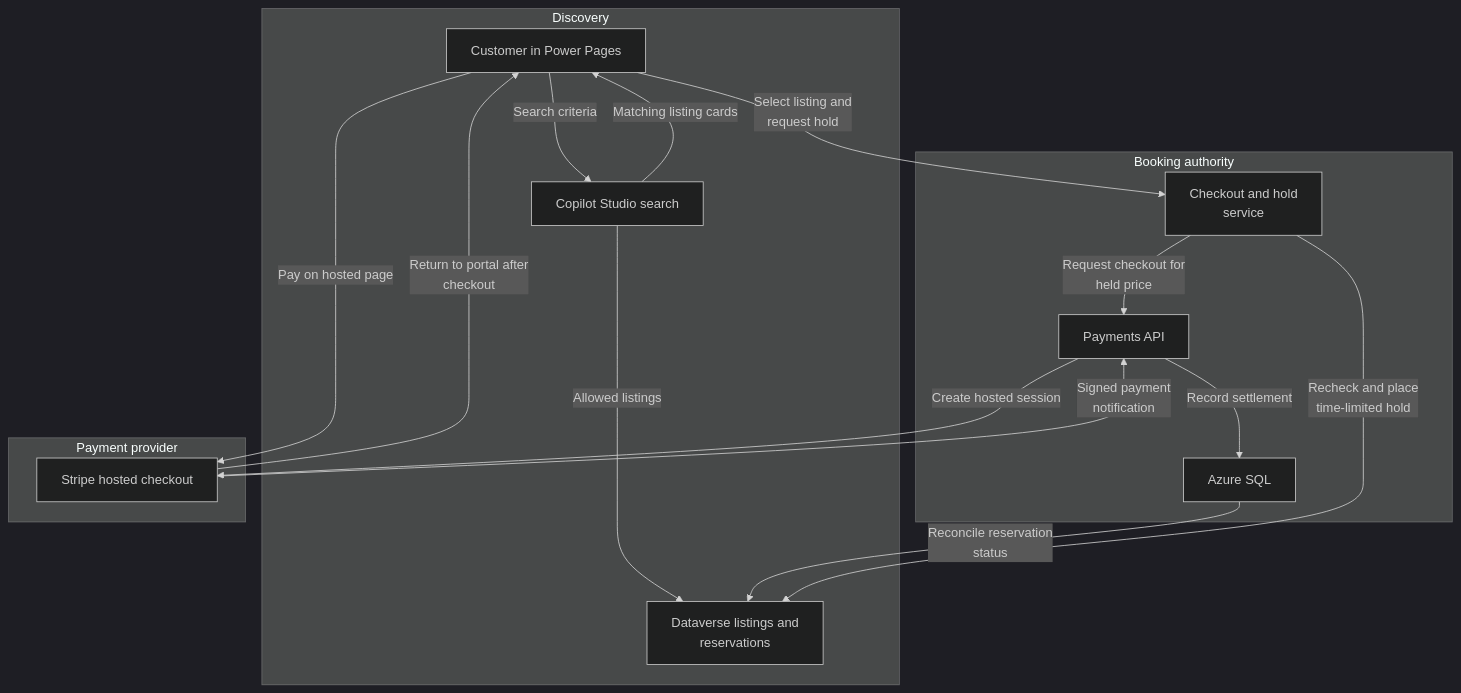
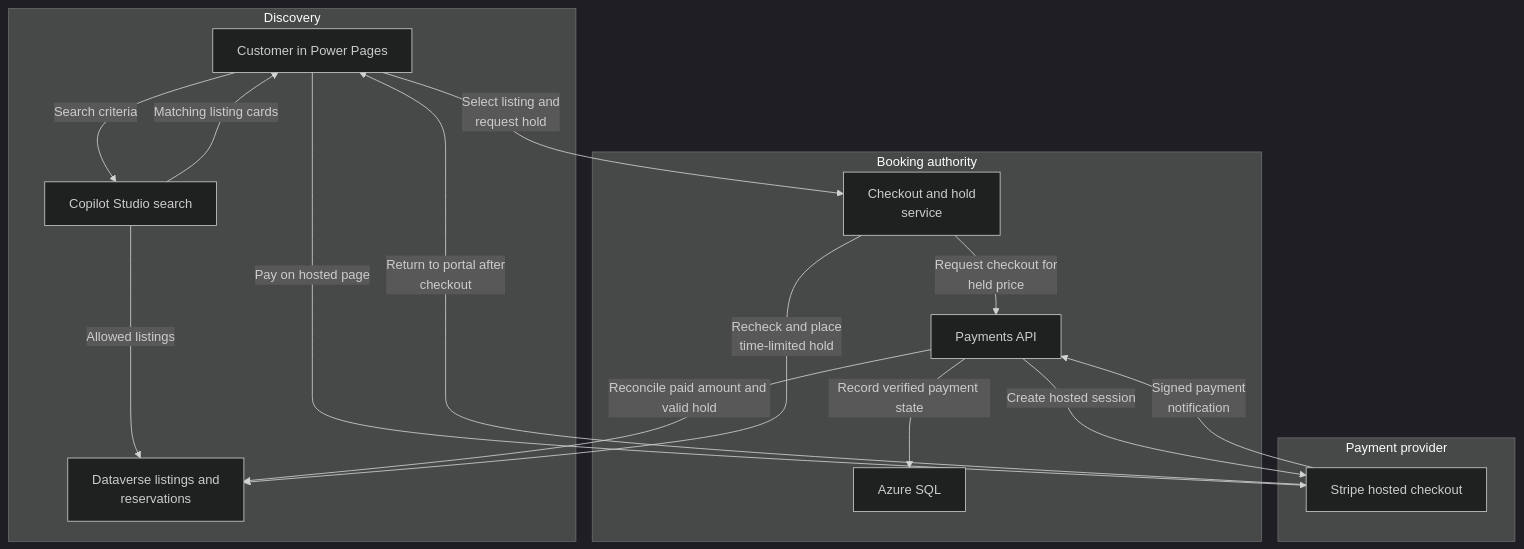
One commit to abhishek-ai-enabler/copilotstudio-architecture-patterns changed the first of 2 diagrams in solution-ideas/rental-search-checkout.md. Above: the diagram before and after it, drawn with Mermaid (dark theme). The commit also changed other lines of this file and 168 other files, not shown here.

First line of the commit message:
Validate AI architecture reviews and illustrate every technical flow

````diff
--- a/solution-ideas/rental-search-checkout.md
+++ b/solution-ideas/rental-search-checkout.md
@@ -7,30 +7,30 @@
 ```mermaid
 flowchart TB
     accTitle: Rental discovery with a separate reservation and payment path - architecture
     accDescr: Approve chat for discovery, not settlement. A verified payment notification and a reconciled reservation, not the browser redirect, establish a completed booking.
     subgraph group0["Discovery"]
         U["Customer in Power Pages"]
         A["Copilot Studio search"]
         D["Dataverse listings and<br/>reservations"]
     end
     subgraph group3["Booking authority"]
         C["Checkout and hold<br/>service"]
         P["Payments API"]
         S["Azure SQL"]
     end
     subgraph group6["Payment provider"]
         T["Stripe hosted checkout"]
     end
     U -->|"Search criteria"| A
     A -->|"Allowed listings"| D
     U -->|"Select listing and<br/>request hold"| C
     C -->|"Request checkout for<br/>held price"| P
     U -->|"Pay on hosted page"| T
     T -->|"Return to portal after<br/>checkout"| U
     T -->|"Signed payment<br/>notification"| P
-    P -->|"Record settlement"| S
-    S -->|"Reconcile reservation<br/>status"| D
+    P -->|"Record verified payment state"| S
+    P -->|"Reconcile paid amount and valid hold"| D
     A -->|"Matching listing cards"| U
     C -->|"Recheck and place<br/>time-limited hold"| D
     P -->|"Create hosted session"| T
 ```
````
